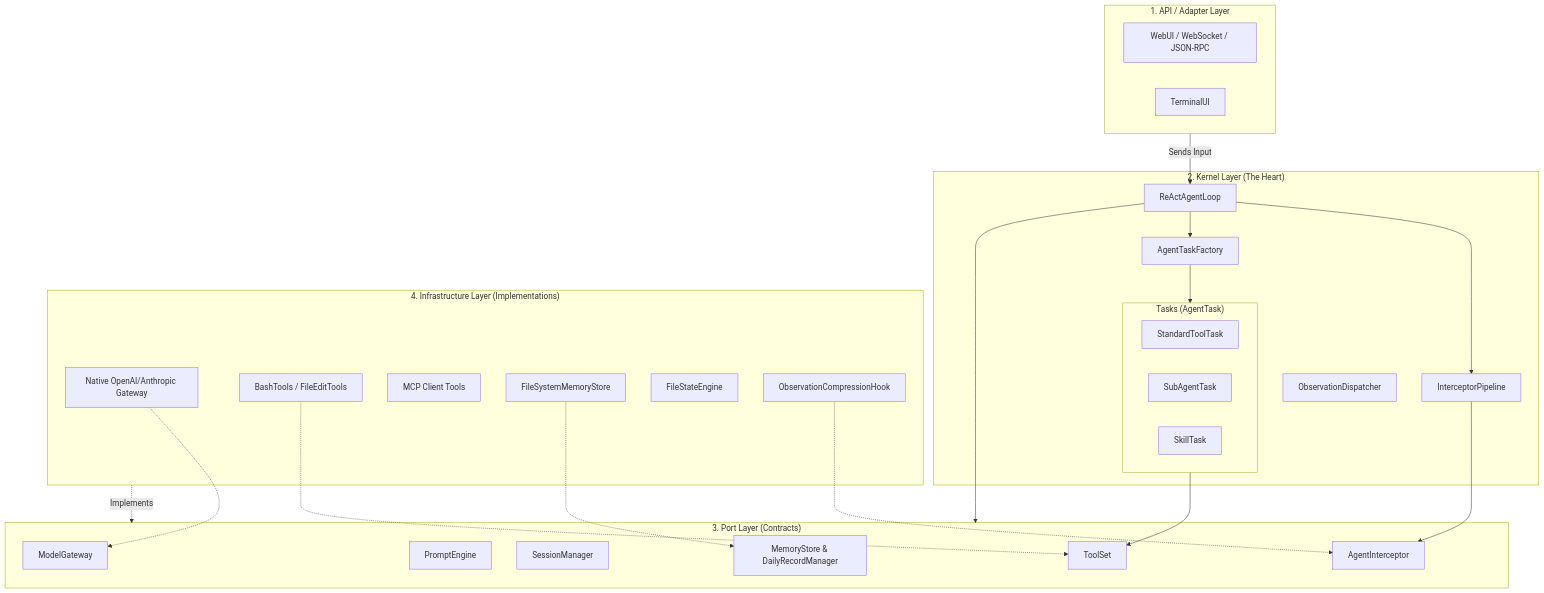
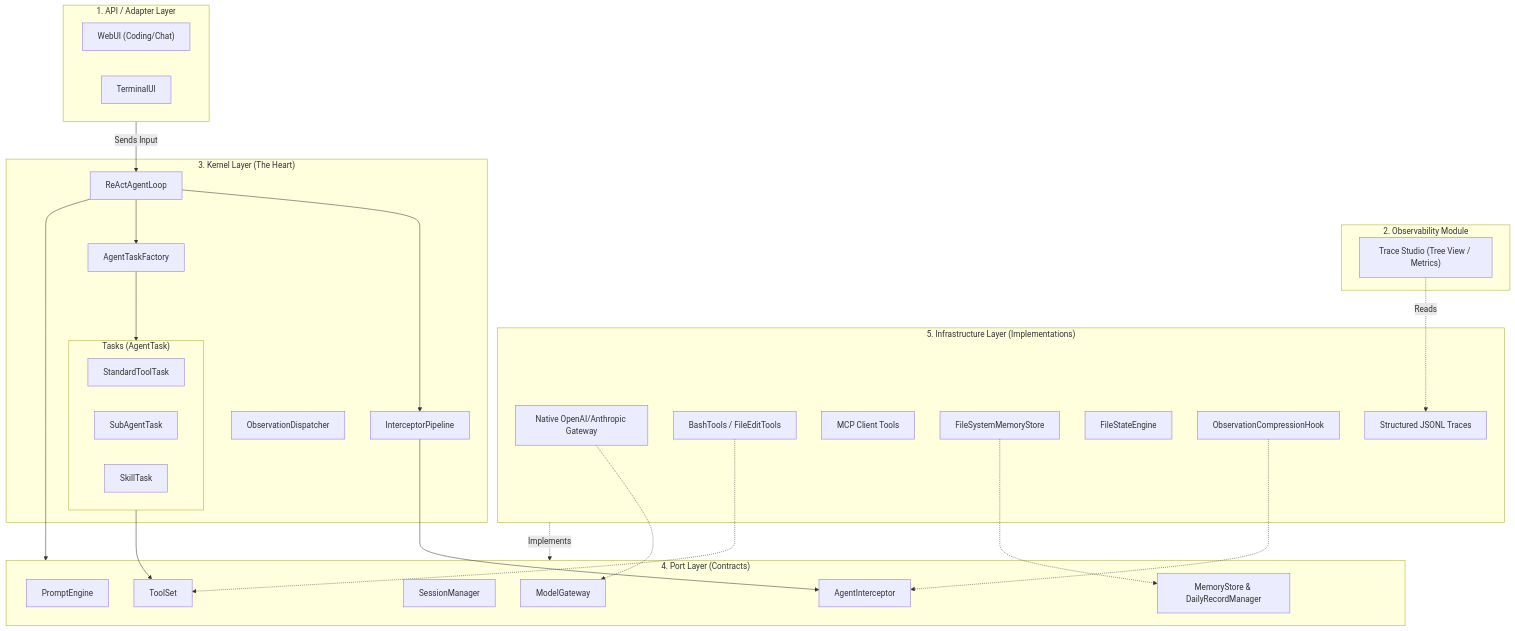
One commit to stream-iori/ganglia changed the first of 3 diagrams in docs/EXECUTION_AND_STRUCTURE.md. Above: the diagram before and after it, drawn with Mermaid. The commit also changed 14 other files, not shown here.

````diff
--- a/docs/EXECUTION_AND_STRUCTURE.md
+++ b/docs/EXECUTION_AND_STRUCTURE.md
@@ -12,56 +12,62 @@
 ```mermaid
 graph TD
     subgraph API ["1. API / Adapter Layer"]
-        WebUI["WebUI / WebSocket / JSON-RPC"]
+        WebUI["WebUI (Coding/Chat)"]
         TUI["TerminalUI"]
     end
 
-    subgraph Kernel ["2. Kernel Layer (The Heart)"]
+    subgraph Obs ["2. Observability Module"]
+        TraceStudio["Trace Studio (Tree View / Metrics)"]
+    end
+
+    subgraph Kernel ["3. Kernel Layer (The Heart)"]
         Loop["ReActAgentLoop"]
         Pipeline["InterceptorPipeline"]
         Dispatcher["ObservationDispatcher"]
         SchedFactory["AgentTaskFactory"]
         
         subgraph Tasks ["Tasks (AgentTask)"]
             ToolTask["StandardToolTask"]
             SubAgentTask["SubAgentTask"]
             SkillTask["SkillTask"]
         end
     end
 
-    subgraph Port ["3. Port Layer (Contracts)"]
+    subgraph Port ["4. Port Layer (Contracts)"]
         PromptPort["PromptEngine"]
         ModelPort["ModelGateway"]
         SessionPort["SessionManager"]
         ToolPort["ToolSet"]
         MemoryPort["MemoryStore & DailyRecordManager"]
         HookPort["AgentInterceptor"]
     end
 
-    subgraph Infra ["4. Infrastructure Layer (Implementations)"]
+    subgraph Infra ["5. Infrastructure Layer (Implementations)"]
         NativeLLM["Native OpenAI/Anthropic Gateway"]
         LocalTools["BashTools / FileEditTools"]
         MCP["MCP Client Tools"]
         FSStore["FileSystemMemoryStore"]
         StateEngine["FileStateEngine"]
         ObservationHooks["ObservationCompressionHook"]
+        TraceStore["Structured JSONL Traces"]
     end
 
     %% Relationships
     API -->|Sends Input| Loop
+    TraceStudio -.->|Reads| TraceStore
     Loop --> Pipeline
     Loop --> SchedFactory
     SchedFactory --> Tasks
     
     Loop --> Port
     Pipeline --> HookPort
     
     Infra -.->|Implements| Port
     Tasks --> ToolPort
     
     %% Specific implementations mapping to ports
     NativeLLM -.-> ModelPort
     LocalTools -.-> ToolPort
     FSStore -.-> MemoryPort
     ObservationHooks -.-> HookPort
 ```
````
